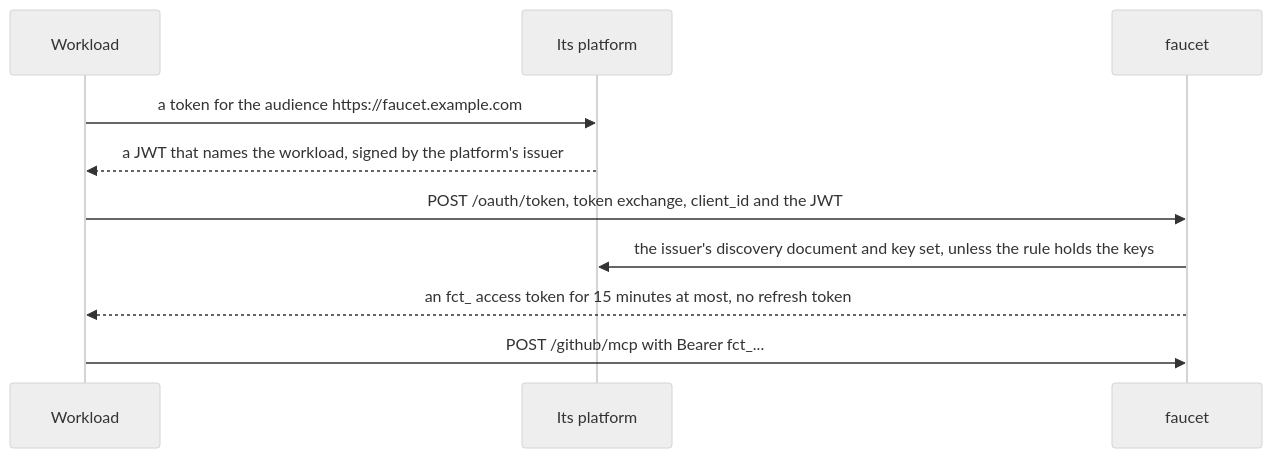
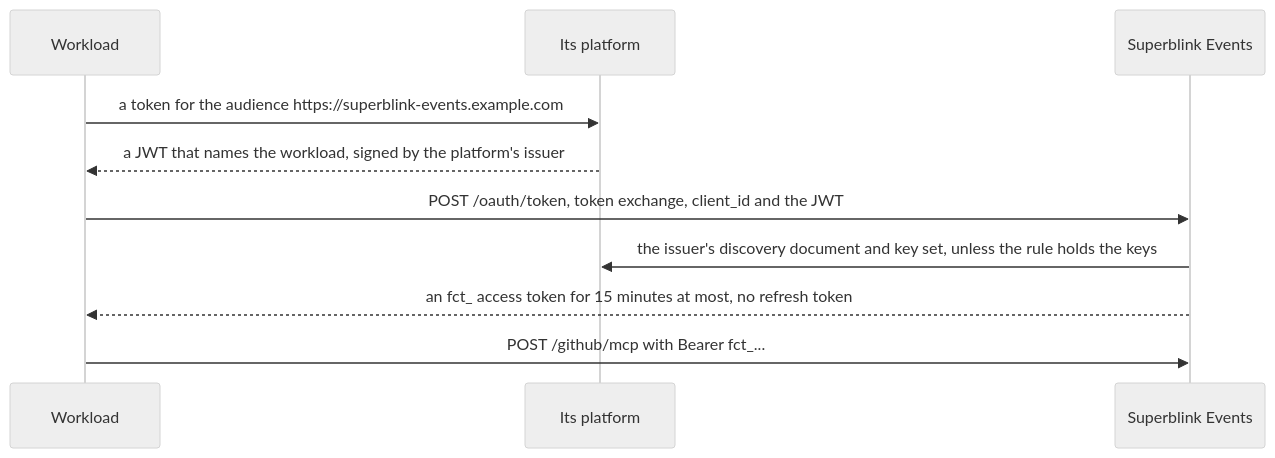
The second of 2 diagrams in docs/service-accounts.md (coder/superblink-events), drawn with Mermaid (neutral theme) before and after one commit. The commit also changed other lines of this file and 218 other files, not shown here.

First line of the commit message:
docs: rename faucet to Superblink Events and the module to github.com/coder/superblink-events (#81)

````diff
--- a/docs/service-accounts.md
+++ b/docs/service-accounts.md
@@ -85,12 +85,12 @@
 ```mermaid
 sequenceDiagram
     participant W as Workload
     participant P as Its platform
-    participant F as faucet
-    W->>P: a token for the audience https://faucet.example.com
+    participant F as Superblink Events
+    W->>P: a token for the audience https://superblink-events.example.com
     P-->>W: a JWT that names the workload, signed by the platform's issuer
     W->>F: POST /oauth/token, token exchange, client_id and the JWT
     F->>P: the issuer's discovery document and key set, unless the rule holds the keys
     F-->>W: an fct_ access token for 15 minutes at most, no refresh token
     W->>F: POST /github/mcp with Bearer fct_...
 ```
````
